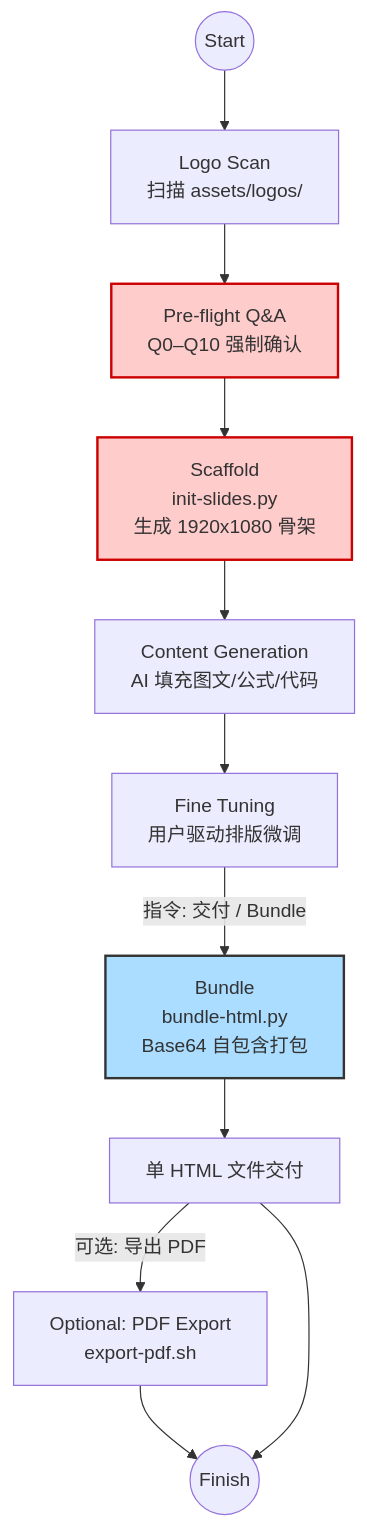
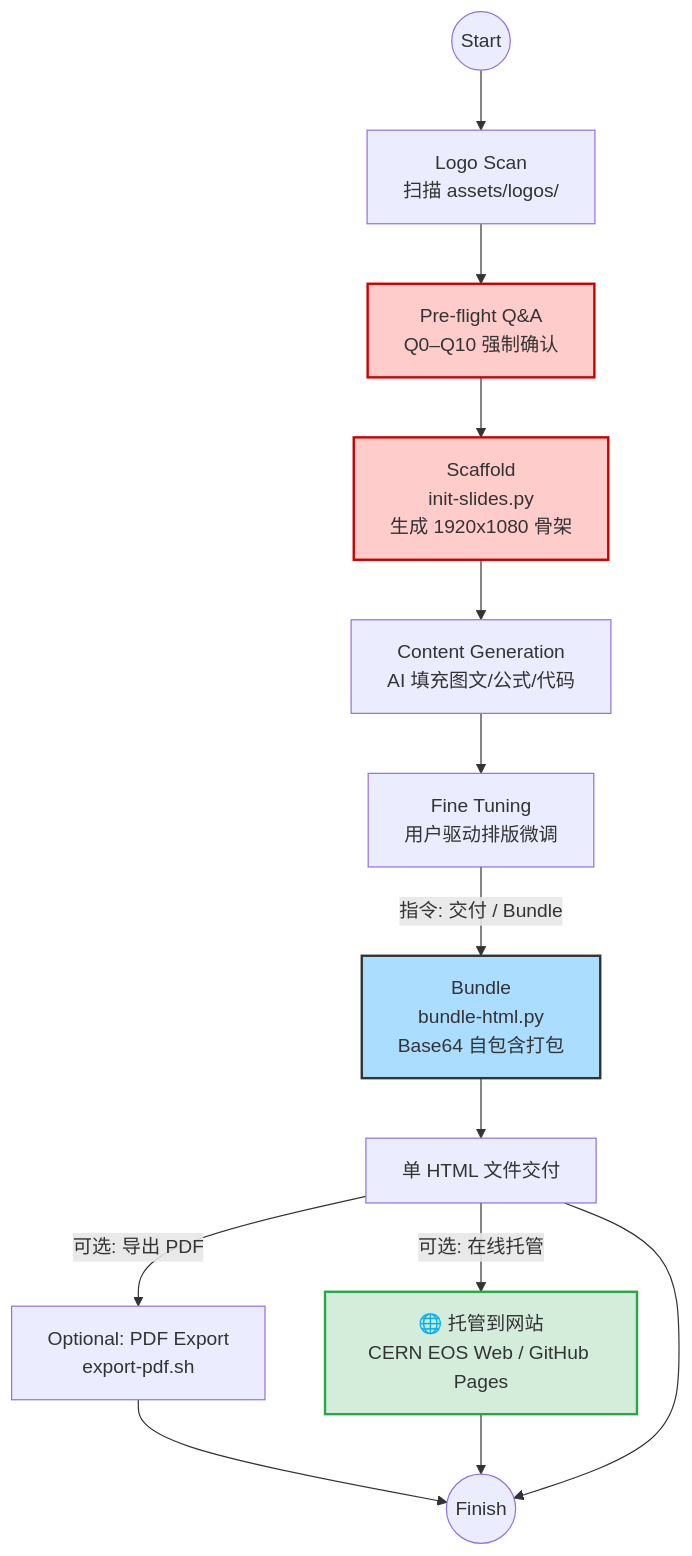
One commit to ky230/frontend-slides-PKU changed the first of 2 diagrams in README.md. Above: the diagram before and after it, drawn with Mermaid. The commit also changed other lines of this file and 1 other file, not shown here.

Commit message:
fix: Q1 '标黄'→'highlight' + add Deploy branch to workflow Mermaid
- README.md Q1: '哪些关键词标黄' → '哪些关键词 highlight'
- README_EN.md Q1: 'Keywords to highlight yellow' → 'Keywords to highlight'
- README.md Mermaid: added '🌐 托管到网站 (CERN EOS Web / GitHub Pages)' node
  with green styling, branching from Output
- README_EN.md Mermaid: mirrored '🌐 Deploy to Web' node

````diff
--- a/README.md
+++ b/README.md
@@ -49,22 +49,25 @@
 ```mermaid
 graph TD
     Start((Start))
     LogoScan[Logo Scan<br>扫描 assets/logos/]
     QA[Pre-flight Q&A<br>Q0–Q10 强制确认]
     Scaffold[Scaffold<br>init-slides.py<br>生成 1920x1080 骨架]
     Content[Content Generation<br>AI 填充图文/公式/代码]
     FineTuning[Fine Tuning<br>用户驱动排版微调]
     Bundle[Bundle<br>bundle-html.py<br>Base64 自包含打包]
     Output[单 HTML 文件交付]
     Export[Optional: PDF Export<br>export-pdf.sh]
+    Deploy["🌐 托管到网站<br>CERN EOS Web / GitHub Pages"]
     End((Finish))
 
     Start --> LogoScan --> QA --> Scaffold --> Content --> FineTuning
     FineTuning -->|"指令: 交付 / Bundle"| Bundle --> Output
     Output -->|"可选: 导出 PDF"| Export --> End
+    Output -->|"可选: 在线托管"| Deploy --> End
     Output --> End
 
     style QA fill:#ffcccc,stroke:#cc0000,stroke-width:2px
     style Scaffold fill:#ffcccc,stroke:#cc0000,stroke-width:2px
     style Bundle fill:#adf,stroke:#333,stroke-width:2px
+    style Deploy fill:#d4edda,stroke:#28a745,stroke-width:2px
 ```
````
